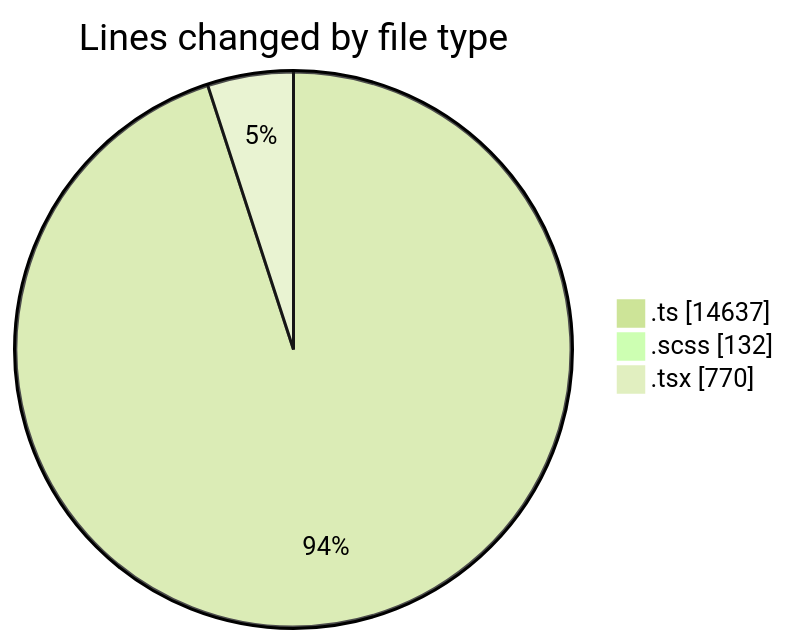
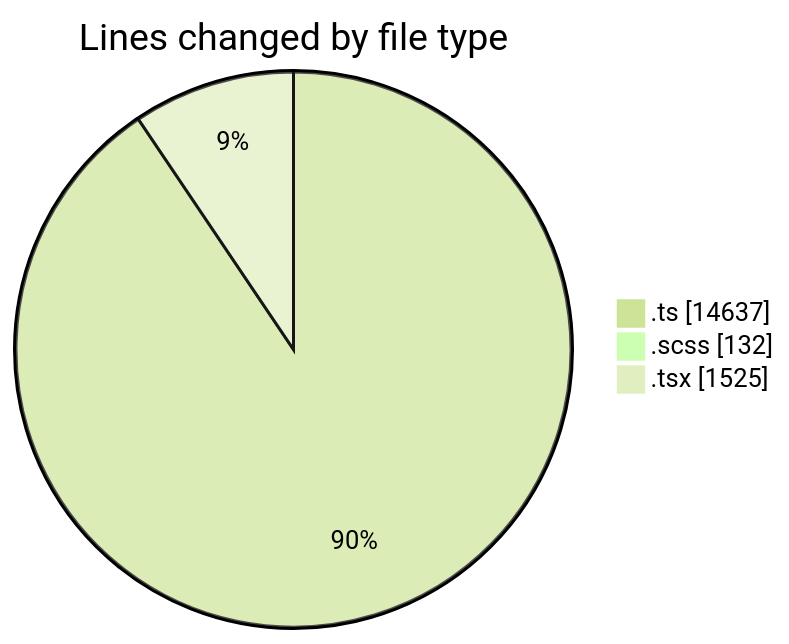
Before and after one commit to momahboobian/code-tracking: the first of 2 diagrams in 2025-08-27/cda/README.md, drawn with Mermaid (forest theme). The commit also changed other lines of this file and 1 other file, not shown here.

````diff
--- a/2025-08-27/cda/README.md
+++ b/2025-08-27/cda/README.md
@@ -26,7 +27,7 @@
 ```mermaid
 pie showData
 title Lines changed by file type
 ".ts" : 14637
 ".scss" : 132
-".tsx" : 770
+".tsx" : 1525
 ```
````
